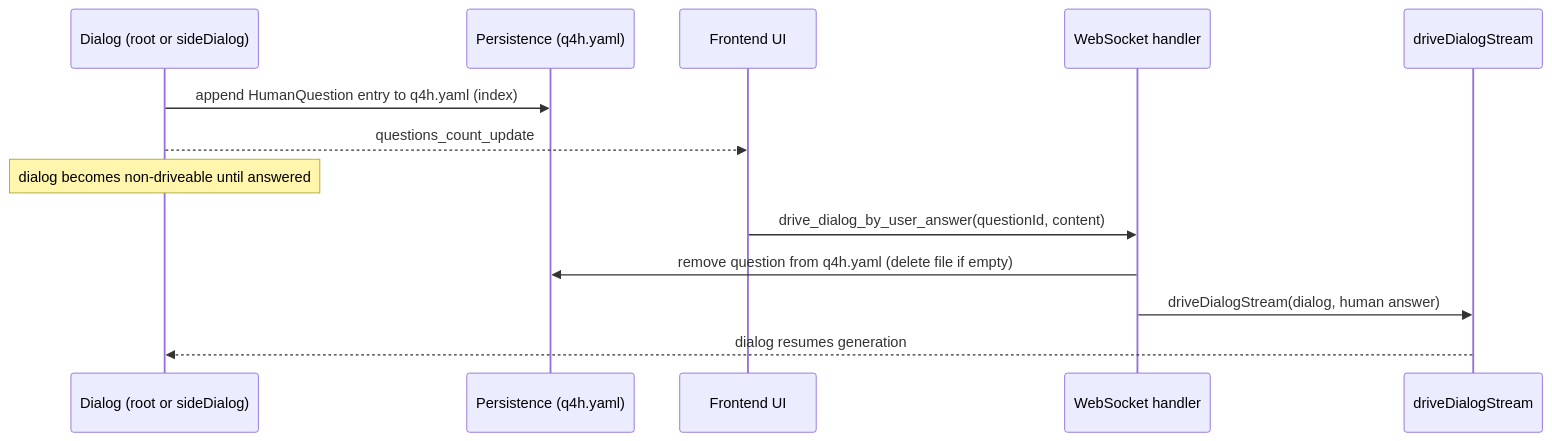
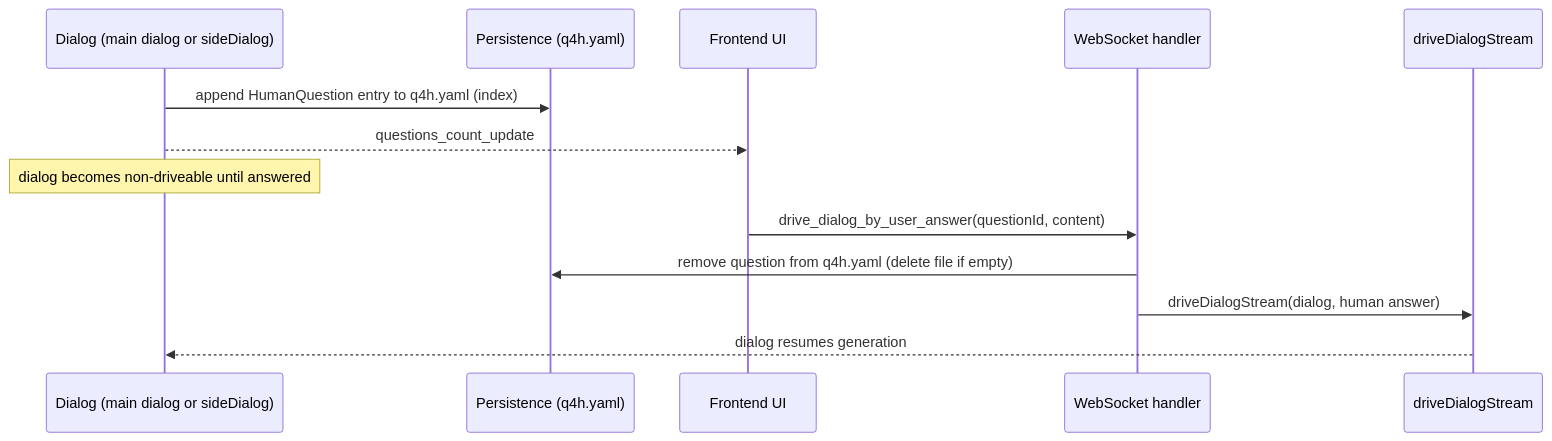
Before and after one commit to longrun-ai/dominds: the third of 18 diagrams in docs/dialog-system.md, drawn with Mermaid. The commit also changed other lines of this file and 105 other files, not shown here.

````diff
--- a/docs/dialog-system.md
+++ b/docs/dialog-system.md
@@ -515,17 +509,17 @@
 ```mermaid
 sequenceDiagram
-  participant D as Dialog (root or sideDialog)
+  participant D as Dialog (main dialog or sideDialog)
   participant P as Persistence (q4h.yaml)
   participant UI as Frontend UI
   participant WS as WebSocket handler
   participant Driver as driveDialogStream
 
   D->>P: append HumanQuestion entry to q4h.yaml (index)
   D-->>UI: questions_count_update
   Note over D: dialog becomes non-driveable until answered
 
   UI->>WS: drive_dialog_by_user_answer(questionId, content)
   WS->>P: remove question from q4h.yaml (delete file if empty)
   WS->>Driver: driveDialogStream(dialog, human answer)
   Driver-->>D: dialog resumes generation
 ```
````
